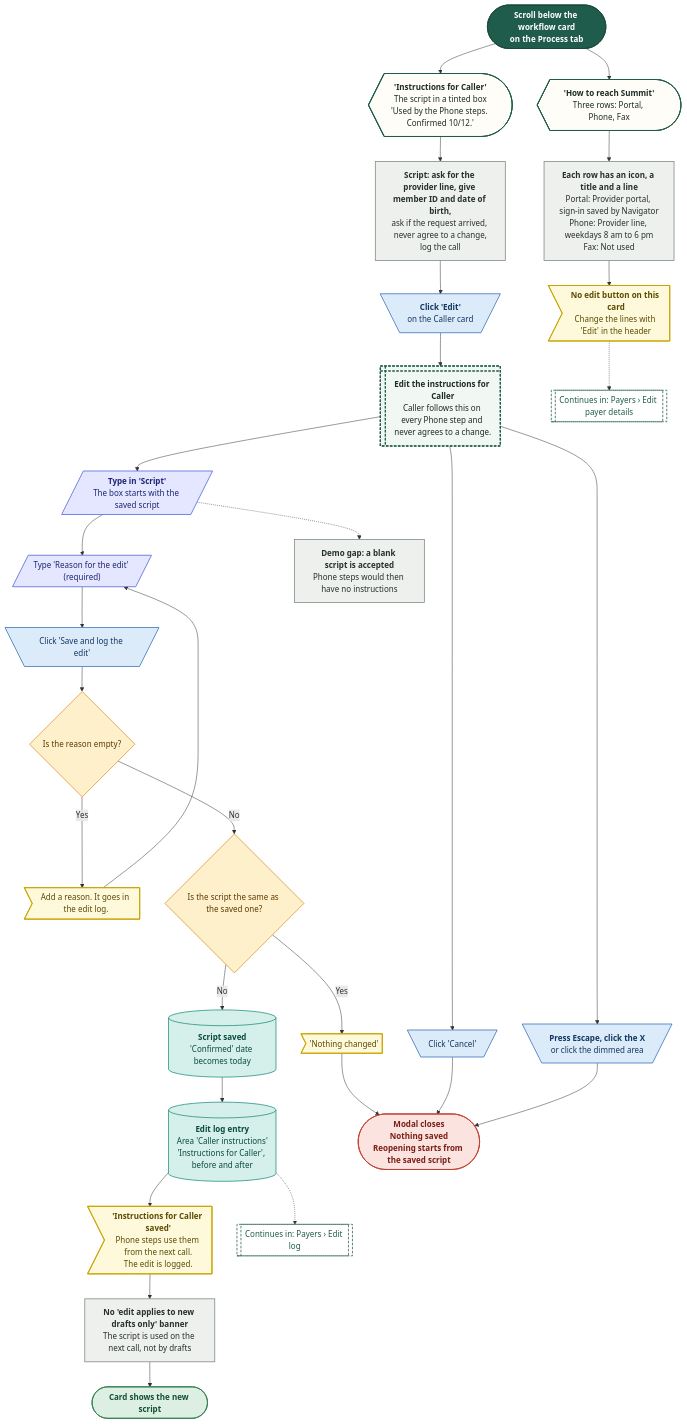
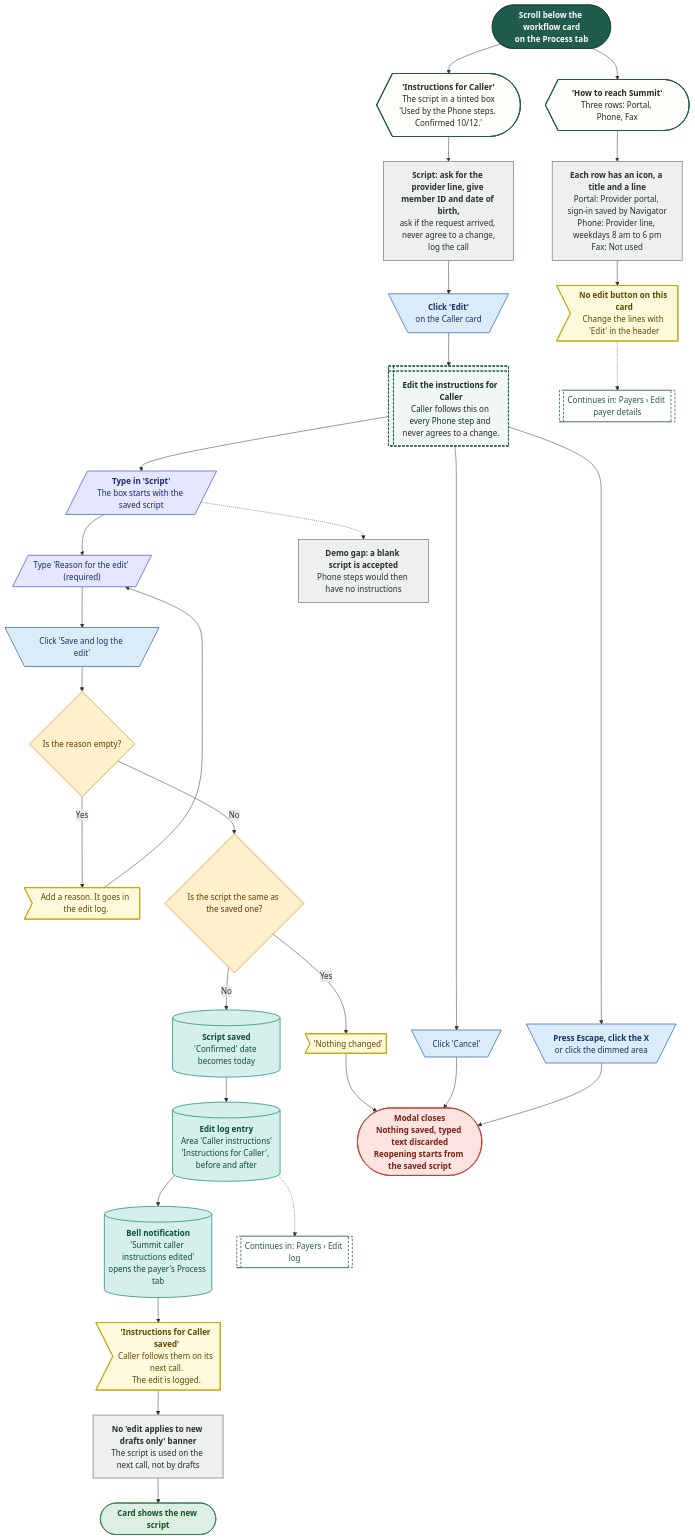
One commit to Shrav143/psyfloapp changed the seventh of 25 diagrams in demos/prior-auth-demo/workflows/out/md/10-payers.md. Above: the diagram before and after it, drawn with Mermaid. The commit also changed other lines of this file and 195 other files, not shown here.

First line of the commit message:
docs: Rebuild workflow diagrams after the demo fixes (220 diagrams)

````diff
--- a/demos/prior-auth-demo/workflows/out/md/10-payers.md
+++ b/demos/prior-auth-demo/workflows/out/md/10-payers.md
@@ -490,69 +503,70 @@
 ```mermaid
 %%{init: {"theme":"base","themeVariables":{"fontFamily":"'DM Sans', 'Segoe UI', system-ui, sans-serif","fontSize":"15px","lineColor":"#5B6B63","primaryTextColor":"#1C2B25","clusterBkg":"#FBF8F3","clusterBorder":"#D9CDBB","edgeLabelBackground":"#FFFFFF"},"flowchart":{"curve":"basis","nodeSpacing":36,"rankSpacing":48,"padding":12,"htmlLabels":true,"useMaxWidth":false,"wrappingWidth":230}} }%%
 flowchart TD
   classDef k_start fill:#1F5C4B,stroke:#174638,color:#FFFFFF,stroke-width:1.5px,font-weight:600
   classDef k_end fill:#DDEFE3,stroke:#2E7D4F,color:#14502F,stroke-width:1.5px,font-weight:600
   classDef k_endx fill:#FBE3E0,stroke:#C0392B,color:#7A1F16,stroke-width:1.5px,font-weight:600
   classDef k_screen fill:#FFFDF8,stroke:#1F5C4B,color:#1C2B25,stroke-width:2px
   classDef k_overlay fill:#F1F7F3,stroke:#1F5C4B,color:#1C2B25,stroke-width:2px,stroke-dasharray:5 3
   classDef k_click fill:#DCEBFA,stroke:#2F6DB5,color:#12365F,stroke-width:1.5px
   classDef k_input fill:#E4E7FF,stroke:#4C5FD5,color:#1D2670,stroke-width:1.5px
   classDef k_process fill:#EEF0EE,stroke:#7A857F,color:#26302B,stroke-width:1.5px
   classDef k_agent fill:#EEE5FA,stroke:#7A4FC2,color:#341A63,stroke-width:1.5px
   classDef k_decision fill:#FFF0CC,stroke:#D9962B,color:#5C3B00,stroke-width:1.5px
   classDef k_store fill:#D5F0EA,stroke:#1C8E7B,color:#0B4A3F,stroke-width:1.5px
   classDef k_doc fill:#F6E9DC,stroke:#B07A4C,color:#4A2E14,stroke-width:1.5px
   classDef k_ext fill:#FFE6D2,stroke:#E07B39,color:#6B2F06,stroke-width:1.5px
   classDef k_wait fill:#E4E8EE,stroke:#6B7C93,color:#26303D,stroke-width:1.5px
   classDef k_toast fill:#FFF9DB,stroke:#C9A400,color:#5A4A00,stroke-width:1.5px
   classDef k_goto fill:#FFFFFF,stroke:#1F5C4B,color:#1F5C4B,stroke-width:1.5px,stroke-dasharray:5 3
   s1@{ shape: stadium, label: "<b>Scroll below the workflow card</b><br/>on the Process tab" }
   rc@{ shape: curv-trap, label: "<b>'How to reach Summit'</b><br/>Three rows: Portal, Phone, Fax" }
   rows@{ shape: rect, label: "<b>Each row has an icon, a title and a line</b><br/>Portal: Provider portal, sign-in saved by Navigator<br/>Phone: Provider line, weekdays 8 am to 6 pm<br/>Fax: Not used" }
   ro@{ shape: odd, label: "<b>No edit button on this card</b><br/>Change the lines with 'Edit' in the header" }
   cc@{ shape: curv-trap, label: "<b>'Instructions for Caller'</b><br/>The script in a tinted box<br/>'Used by the Phone steps. Confirmed 10/12.'" }
   script@{ shape: rect, label: "<b>Script: ask for the provider line, give member ID and date of birth,</b><br/>ask if the request arrived, never agree to a change,<br/>log the call" }
   ce@{ shape: trap-t, label: "<b>Click 'Edit'</b><br/>on the Caller card" }
   m@{ shape: win-pane, label: "<b>Edit the instructions for Caller</b><br/>Caller follows this on every Phone step and never agrees to a change." }
   i1@{ shape: lean-r, label: "<b>Type in 'Script'</b><br/>The box starts with the saved script" }
   i2@{ shape: lean-r, label: "Type 'Reason for the edit' (required)" }
   cs@{ shape: trap-t, label: "Click 'Save and log the edit'" }
   d1@{ shape: diam, label: "Is the reason empty?" }
   er@{ shape: odd, label: "Add a reason. It goes in the edit log." }
   d2@{ shape: diam, label: "Is the script the same as the saved one?" }
   t0@{ shape: odd, label: "'Nothing changed'" }
   gap@{ shape: rect, label: "<b>Demo gap: a blank script is accepted</b><br/>Phone steps would then have no instructions" }
   st@{ shape: cyl, label: "<b>Script saved</b><br/>'Confirmed' date becomes today" }
   lg@{ shape: cyl, label: "<b>Edit log entry</b><br/>Area 'Caller instructions'<br/>'Instructions for Caller', before and after" }
-  t1@{ shape: odd, label: "<b>'Instructions for Caller saved'</b><br/>Phone steps use them from the next call.<br/>The edit is logged." }
+  nt@{ shape: cyl, label: "<b>Bell notification</b><br/>'Summit caller instructions edited'<br/>opens the payer's Process tab" }
+  t1@{ shape: odd, label: "<b>'Instructions for Caller saved'</b><br/>Caller follows them on its next call.<br/>The edit is logged." }
   nb@{ shape: rect, label: "<b>No 'edit applies to new drafts only' banner</b><br/>The script is used on the next call, not by drafts" }
   e1@{ shape: stadium, label: "Card shows the new script" }
   cx@{ shape: trap-t, label: "Click 'Cancel'" }
   cesc@{ shape: trap-t, label: "<b>Press Escape, click the X</b><br/>or click the dimmed area" }
-  x1@{ shape: stadium, label: "<b>Modal closes</b><br/>Nothing saved<br/>Reopening starts from the saved script" }
+  x1@{ shape: stadium, label: "<b>Modal closes</b><br/>Nothing saved, typed text discarded<br/>Reopening starts from the saved script" }
   g1@{ shape: subproc, label: "Continues in: Payers › Edit payer details" }
   g2@{ shape: subproc, label: "Continues in: Payers › Edit log" }
   s1 --> rc --> rows --> ro
   ro -.-> g1
   s1 --> cc --> script --> ce --> m --> i1 --> i2 --> cs --> d1
   d1 -->|"Yes"| er --> i2
   d1 -->|"No"| d2
   d2 -->|"Yes"| t0 --> x1
-  d2 -->|"No"| st --> lg --> t1 --> nb --> e1
+  d2 -->|"No"| st --> lg --> nt --> t1 --> nb --> e1
   i1 -.-> gap
   lg -.-> g2
   m --> cx --> x1
   m --> cesc --> x1
   class s1 k_start
   class rc,cc k_screen
   class rows,script,gap,nb k_process
   class ro,er,t0,t1 k_toast
   class ce,cs,cx,cesc k_click
   class m k_overlay
   class i1,i2 k_input
   class d1,d2 k_decision
-  class st,lg k_store
+  class st,lg,nt k_store
   class e1 k_end
   class x1 k_endx
   class g1,g2 k_goto
 ```
````
